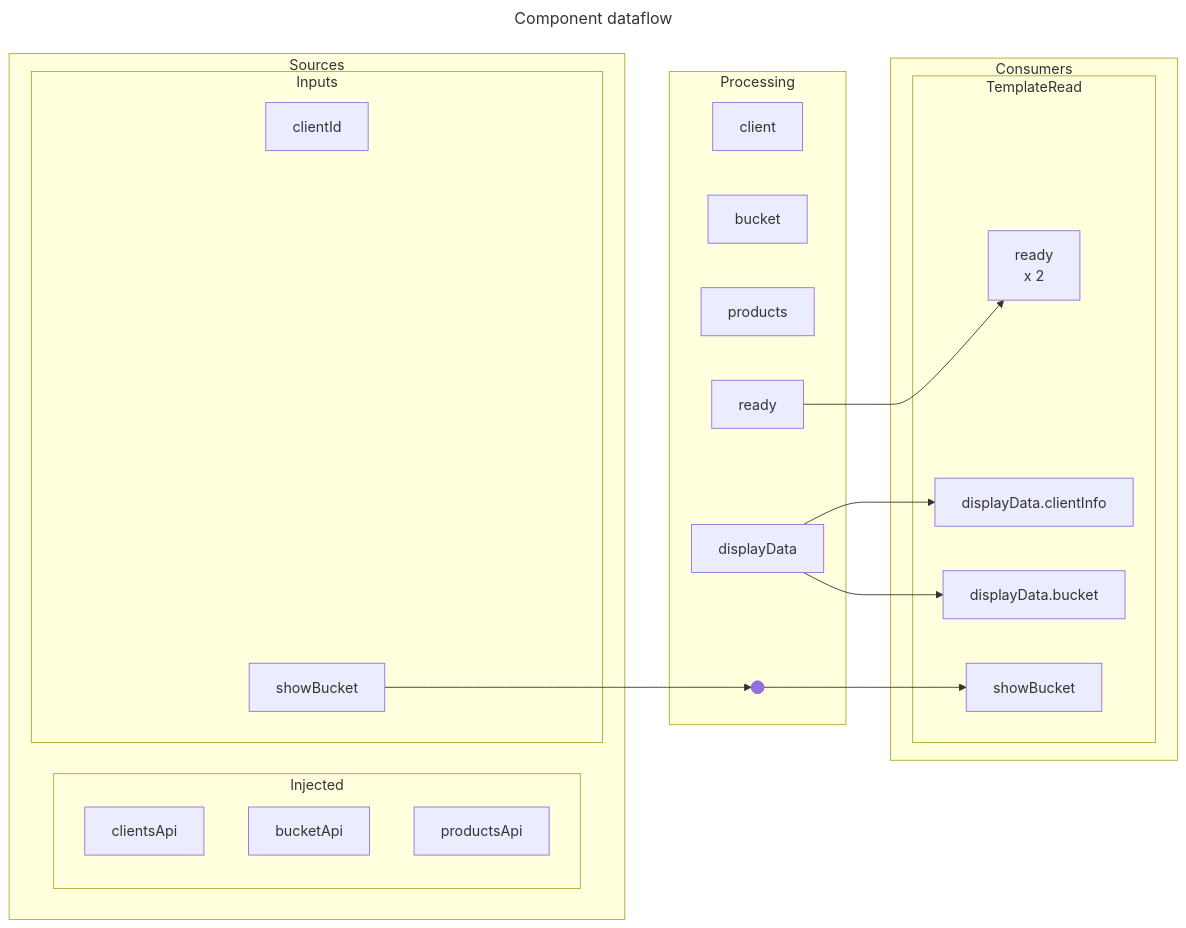
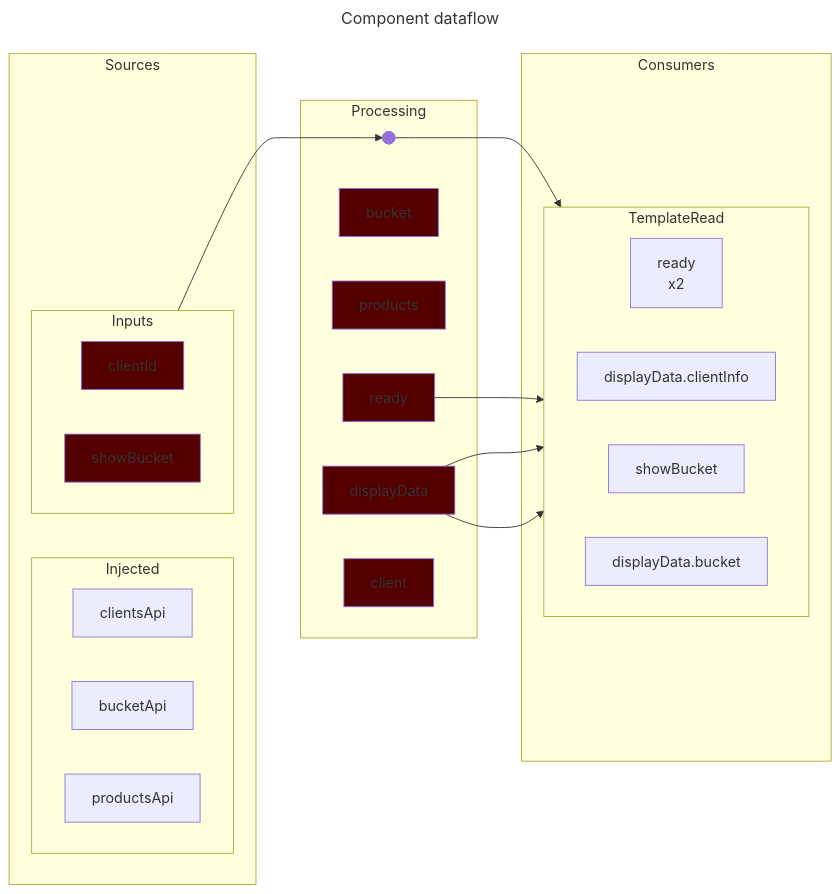
Before and after one commit to earthdmitriy/rx-evo: the first of 2 diagrams in src/app/components/legacy/chaos/chaos.component.dataflow.md, drawn with Mermaid. The commit also changed other lines of this file and 39 other files, not shown here.

Commit message:
updated dataflow diagrams

````diff
--- a/src/app/components/legacy/chaos/chaos.component.dataflow.md
+++ b/src/app/components/legacy/chaos/chaos.component.dataflow.md
@@ -3,70 +3,80 @@
 ```mermaid
 ---
 title: Component dataflow
 ---
 graph LR
     subgraph Sources
         subgraph Injected
+            direction LR
             Source_clientsApi["
                 clientsApi
             "]
             Source_bucketApi["
                 bucketApi
             "]
             Source_productsApi["
                 productsApi
             "]
         end
         subgraph Inputs
+            direction LR
             Source_clientId["
                 clientId
             "]
             Source_showBucket["
                 showBucket
             "]
         end
     end
     subgraph Processing
         Processing_client["
             client
         "]
         Processing_bucket["
             bucket
         "]
         Processing_products["
             products
         "]
         Processing_ready["
             ready
         "]
         Processing_displayData["
             displayData
         "]
         Processing_showBucket@{ shape: f-circ, label: "Junction" }
     end
     subgraph Consumers
         subgraph TemplateRead
+            direction LR
             Consumer_ready["
                 ready
-x            2
+                x2
             "]
             Consumer_displayData.clientInfo["
                 displayData.clientInfo
             "]
             Consumer_showBucket["
                 showBucket
             "]
             Consumer_displayData.bucket["
                 displayData.bucket
             "]
         end
     end
     Sources ~~~ Processing
     Processing ~~~ Consumers
     Source_showBucket --> Processing_showBucket
     Processing_showBucket --> Consumer_showBucket
     Processing_ready --> Consumer_ready
     Processing_displayData --> Consumer_displayData.clientInfo
     Processing_displayData --> Consumer_displayData.bucket
+    style Source_clientId fill:#500
+    style Source_showBucket fill:#500
+    style Processing_client fill:#500
+    style Processing_bucket fill:#500
+    style Processing_products fill:#500
+    style Processing_ready fill:#500
+    style Processing_displayData fill:#500
 
 ```
````
